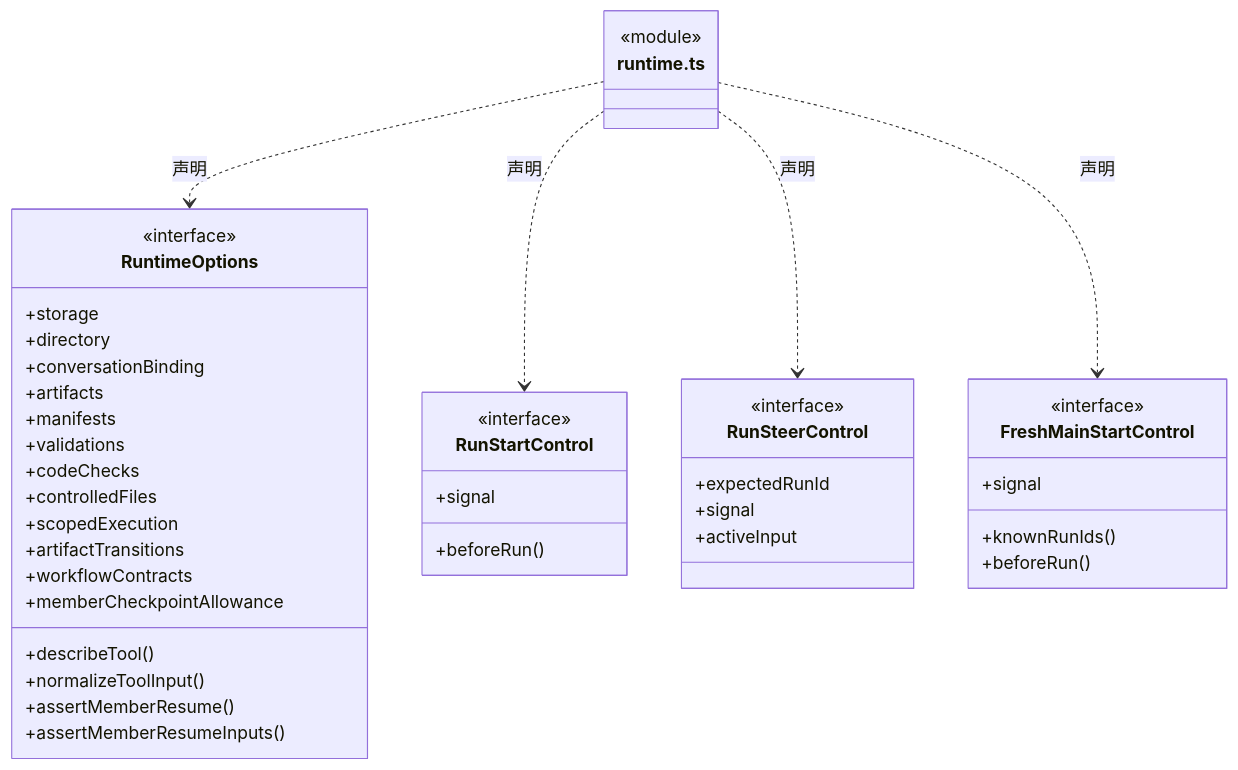
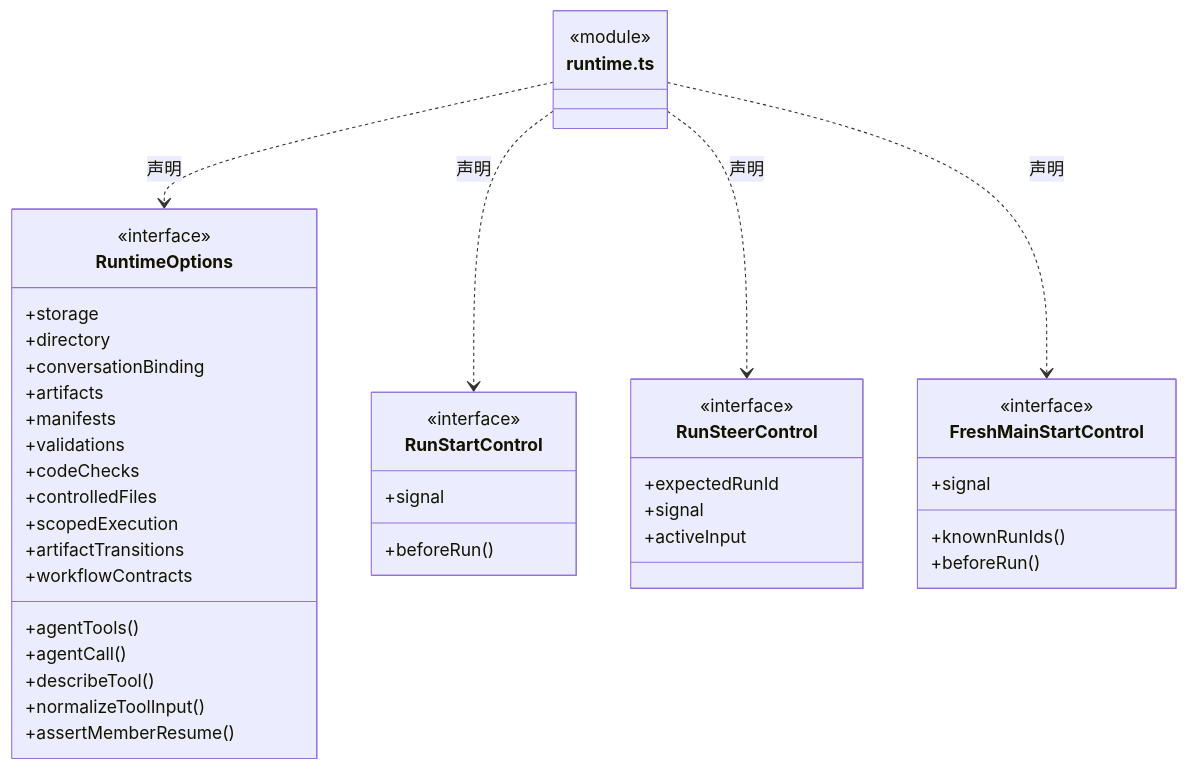
The first of 3 diagrams in src/logic/execution/rules/runtime/ARCHITECTURE.md (nan023062/cbim), drawn with Mermaid before and after one commit. The commit also changed other lines of this file and 87 other files, not shown here.

````diff
--- a/src/logic/execution/rules/runtime/ARCHITECTURE.md
+++ b/src/logic/execution/rules/runtime/ARCHITECTURE.md
@@ -21,46 +21,46 @@
 ```mermaid
 classDiagram
 class N_src_logic_execution_rules_runtime_runtime_ts["runtime.ts"] {
   <<module>>
 }
 class N_src_logic_execution_rules_runtime_runtime_ts_RuntimeOptions["RuntimeOptions"] {
   <<interface>>
+  +agentTools()
+  +agentCall()
   +storage
   +directory
   +conversationBinding
   +artifacts
   +manifests
   +validations
   +codeChecks
   +controlledFiles
   +scopedExecution
   +artifactTransitions
   +workflowContracts
   +describeTool()
   +normalizeToolInput()
   +assertMemberResume()
-  +memberCheckpointAllowance
-  +assertMemberResumeInputs()
 }
 N_src_logic_execution_rules_runtime_runtime_ts ..> N_src_logic_execution_rules_runtime_runtime_ts_RuntimeOptions : 声明
 class N_src_logic_execution_rules_runtime_runtime_ts_RunStartControl["RunStartControl"] {
   <<interface>>
   +signal
   +beforeRun()
 }
 N_src_logic_execution_rules_runtime_runtime_ts ..> N_src_logic_execution_rules_runtime_runtime_ts_RunStartControl : 声明
 class N_src_logic_execution_rules_runtime_runtime_ts_RunSteerControl["RunSteerControl"] {
   <<interface>>
   +expectedRunId
   +signal
   +activeInput
 }
 N_src_logic_execution_rules_runtime_runtime_ts ..> N_src_logic_execution_rules_runtime_runtime_ts_RunSteerControl : 声明
 class N_src_logic_execution_rules_runtime_runtime_ts_FreshMainStartControl["FreshMainStartControl"] {
   <<interface>>
   +signal
   +knownRunIds()
   +beforeRun()
 }
 N_src_logic_execution_rules_runtime_runtime_ts ..> N_src_logic_execution_rules_runtime_runtime_ts_FreshMainStartControl : 声明
 ```
````
